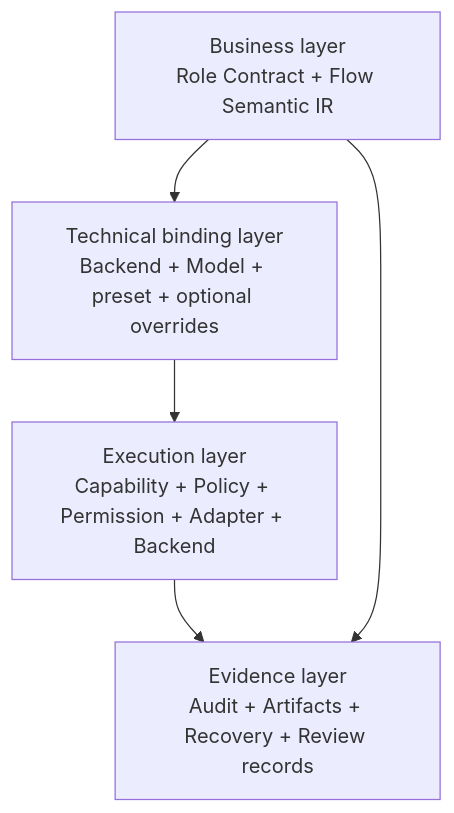
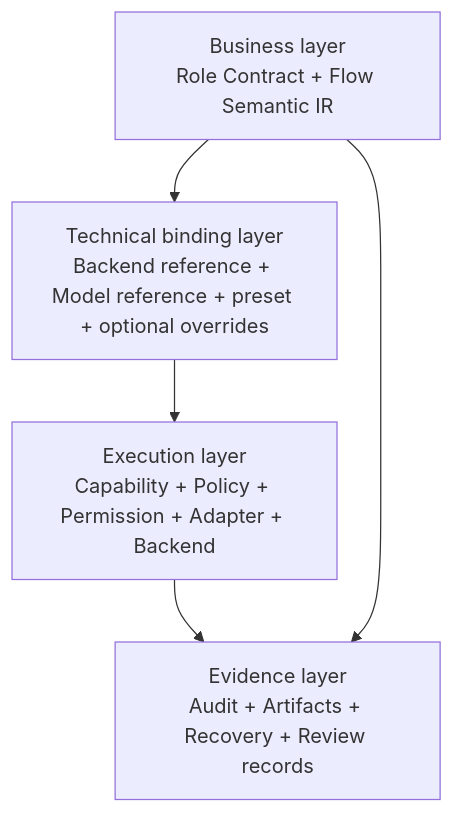
The second of 8 diagrams in docs/development/role-execution-architecture.md (Fredericzhou/ogsystem), drawn with Mermaid before and after one commit. The commit also changed other lines of this file and 1 other file, not shown here.

Commit message:
docs: finalize OGS contract set v2 architecture

````diff
--- a/docs/development/role-execution-architecture.md
+++ b/docs/development/role-execution-architecture.md
@@ -92,12 +424,12 @@
 ```mermaid
 flowchart TB
     B["Business layer<br/>Role Contract + Flow Semantic IR"]
-    T["Technical binding layer<br/>Backend + Model + preset + optional overrides"]
+    T["Technical binding layer<br/>Backend reference + Model reference + preset + optional overrides"]
     X["Execution layer<br/>Capability + Policy + Permission + Adapter + Backend"]
     E["Evidence layer<br/>Audit + Artifacts + Recovery + Review records"]
 
     B --> T
     T --> X
     X --> E
     B --> E
 ```
````
